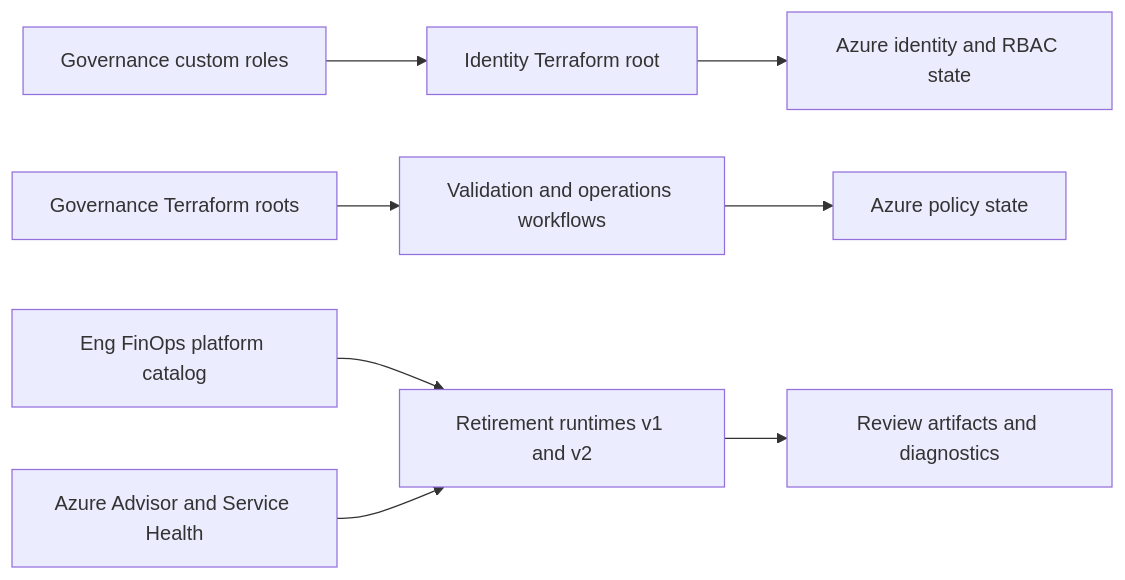
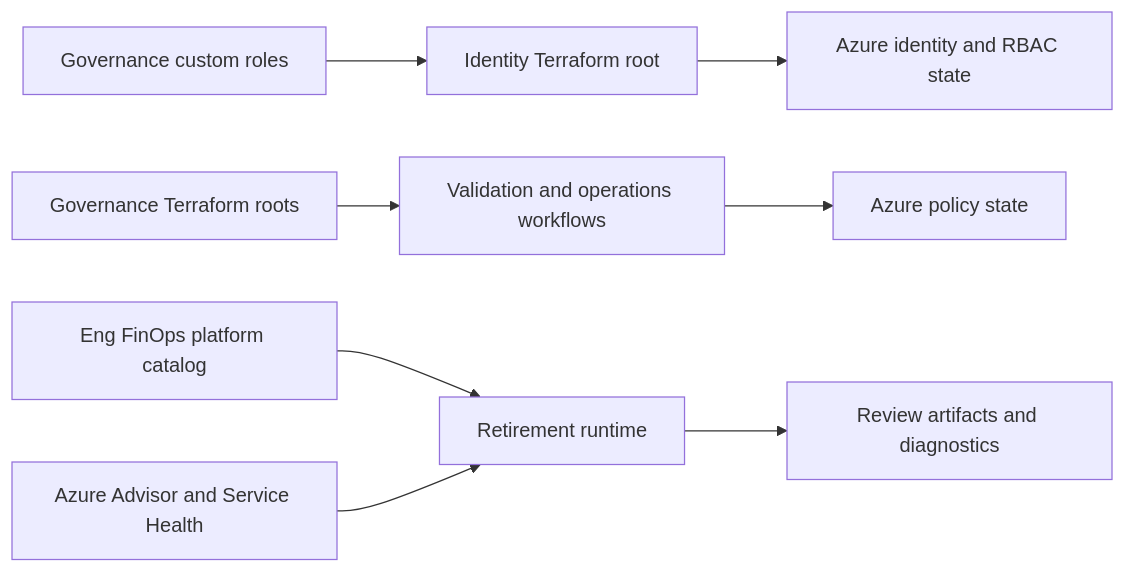
One commit to pagopa/eng-azure-governance changed the diagram in docs/architecture.md. Above: the diagram before and after it, drawn with Mermaid. The commit also changed other lines of this file and 131 other files, not shown here.

````diff
--- a/docs/architecture.md
+++ b/docs/architecture.md
@@ -18,12 +18,12 @@
 ```mermaid
 flowchart LR
     accTitle: Repository architecture flows
     accDescr: Governance roles feed identity grants, policy roots feed Azure policy state, and the platform catalog enriches retirement review artifacts.
     governance_roles["Governance custom roles"] --> identity_root["Identity Terraform root"]
     identity_root --> azure_identity["Azure identity and RBAC state"]
     governance_roots["Governance Terraform roots"] --> governance_workflows["Validation and operations workflows"]
     governance_workflows --> azure_policy["Azure policy state"]
-    platform_catalog["Eng FinOps platform catalog"] --> retirement_runtime["Retirement runtimes v1 and v2"]
+    platform_catalog["Eng FinOps platform catalog"] --> retirement_runtime["Retirement runtime"]
     azure_sources["Azure Advisor and Service Health"] --> retirement_runtime
     retirement_runtime --> retirement_artifacts["Review artifacts and diagnostics"]
 ```
````
